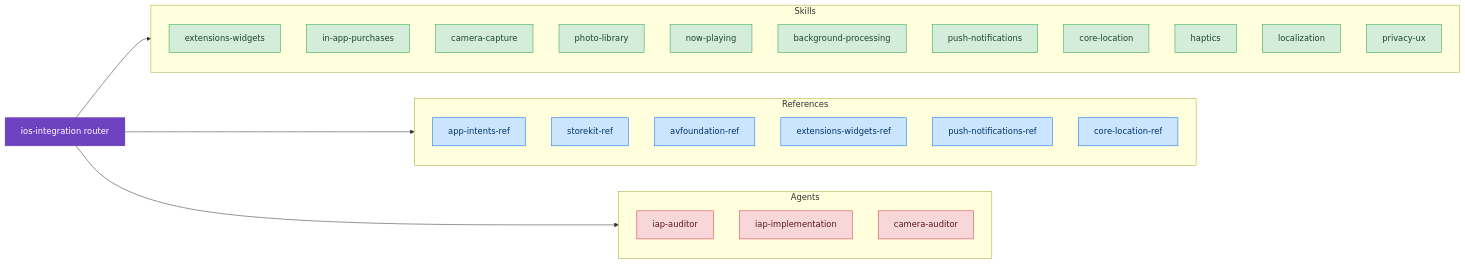
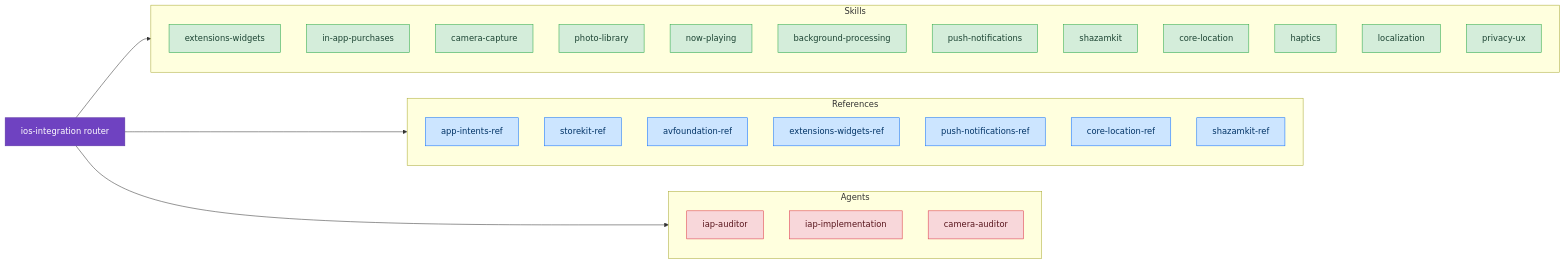
Before and after one commit to CharlesWiltgen/Axiom: the diagram in docs/skills/integration/index.md, drawn with Mermaid. The commit also changed other lines of this file and 5 other files, not shown here.

First line of the commit message:
feat: add ShazamKit skill suite (discipline + reference)

````diff
--- a/docs/skills/integration/index.md
+++ b/docs/skills/integration/index.md
@@ -5,42 +5,44 @@
 ```mermaid
 flowchart LR
     classDef router fill:#6f42c1,stroke:#5a32a3,color:#fff
     classDef discipline fill:#d4edda,stroke:#28a745,color:#1b4332
     classDef reference fill:#cce5ff,stroke:#0d6efd,color:#003366
     classDef diagnostic fill:#fff3cd,stroke:#ffc107,color:#664d03
     classDef agent fill:#f8d7da,stroke:#dc3545,color:#58151c
 
     axiom_ios_integration["ios-integration router"]:::router
 
     subgraph skills_d["Skills"]
         extensions_widgets["extensions-widgets"]:::discipline
         in_app_purchases["in-app-purchases"]:::discipline
         camera_capture["camera-capture"]:::discipline
         photo_library["photo-library"]:::discipline
         now_playing["now-playing"]:::discipline
         background_processing["background-processing"]:::discipline
         push_notifications["push-notifications"]:::discipline
+        shazamkit["shazamkit"]:::discipline
         core_location["core-location"]:::discipline
         haptics["haptics"]:::discipline
         localization["localization"]:::discipline
         privacy_ux["privacy-ux"]:::discipline
     end
     axiom_ios_integration --> skills_d
 
     subgraph skills_r["References"]
         app_intents_ref["app-intents-ref"]:::reference
         storekit_ref["storekit-ref"]:::reference
         avfoundation_ref["avfoundation-ref"]:::reference
         extensions_widgets_ref["extensions-widgets-ref"]:::reference
         push_notifications_ref["push-notifications-ref"]:::reference
         core_location_ref["core-location-ref"]:::reference
+        shazamkit_ref["shazamkit-ref"]:::reference
     end
     axiom_ios_integration --> skills_r
 
     subgraph agents_sg["Agents"]
         agent_iap["iap-auditor"]:::agent
         agent_iapi["iap-implementation"]:::agent
         agent_cam["camera-auditor"]:::agent
     end
     axiom_ios_integration --> agents_sg
 ```
````
